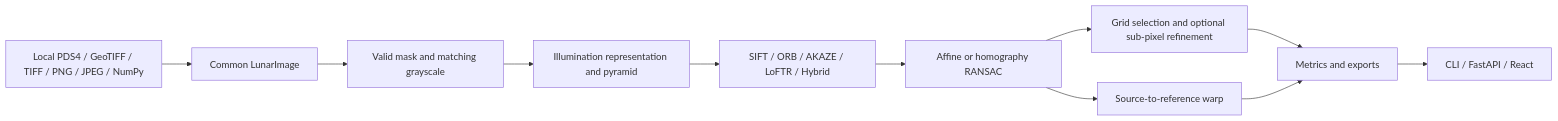
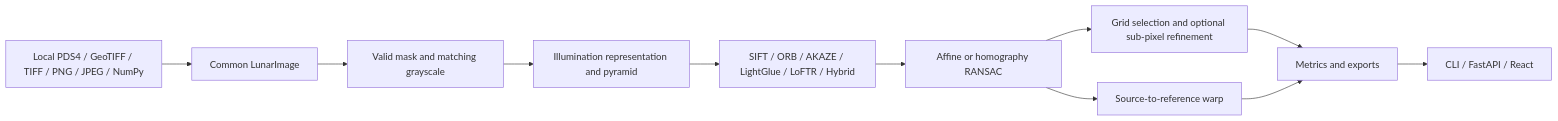
Before and after one commit to adityatawde9699/LunaMatch: the diagram in README.md, drawn with Mermaid. The commit also changed other lines of this file and 13 other files, not shown here.

````diff
--- a/README.md
+++ b/README.md
@@ -15,13 +15,13 @@
 ```mermaid
 flowchart LR
     A[Local PDS4 / GeoTIFF / TIFF / PNG / JPEG / NumPy] --> B[Common LunarImage]
     B --> C[Valid mask and matching grayscale]
     C --> D[Illumination representation and pyramid]
-    D --> E[SIFT / ORB / AKAZE / LoFTR / Hybrid]
+    D --> E[SIFT / ORB / AKAZE / LightGlue / LoFTR / Hybrid]
     E --> F[Affine or homography RANSAC]
     F --> G[Grid selection and optional sub-pixel refinement]
     F --> H[Source-to-reference warp]
     G --> I[Metrics and exports]
     H --> I
     I --> J[CLI / FastAPI / React]
 ```
````
